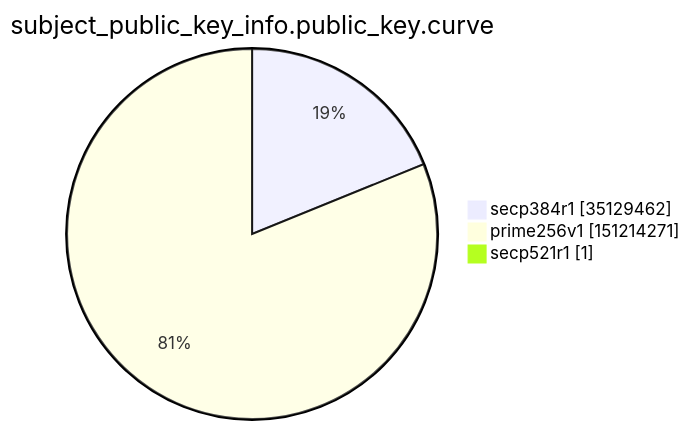
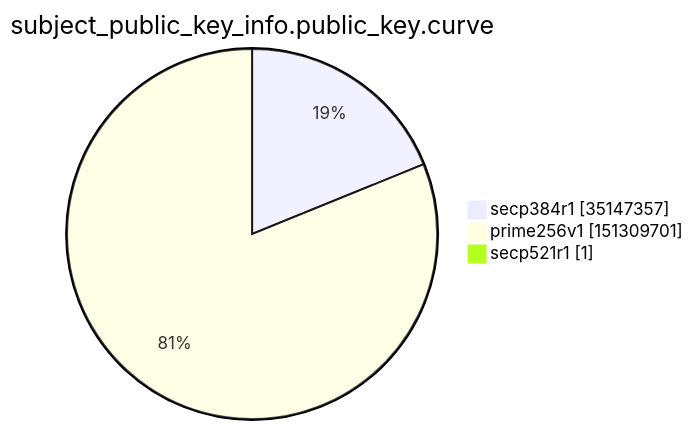
The ninth of 15 diagrams in argon2022/README.md (christiankrug/ctmonitor_visualization), drawn with Mermaid before and after one commit. The commit also changed other lines of this file, not shown here.

````diff
--- a/argon2022/README.md
+++ b/argon2022/README.md
@@ -2765,7 +2765,7 @@
 ```mermaid
 pie showData
 title subject_public_key_info.public_key.curve
-"secp384r1" :35129462
-"prime256v1" :151214271
+"secp384r1" :35147357
+"prime256v1" :151309701
 "secp521r1" :1
 ```
````
